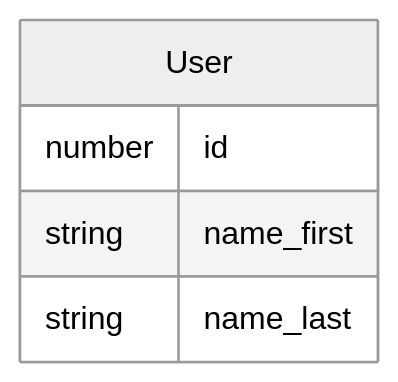
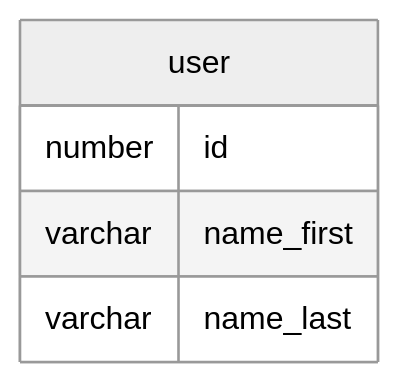
One commit to iacobucci/tesi-triennale changed the third of 8 diagrams in 2-2-typeorm.md. Above: the diagram before and after it, drawn with Mermaid. The commit also changed other lines of this file and 1 other file, not shown here.

````diff
--- a/2-2-typeorm.md
+++ b/2-2-typeorm.md
@@ -323,10 +323,10 @@
 ```mermaid {height=3cm}
 %%{init: {'theme': 'neutral', 'mirrorActors': false} }%%
 erDiagram
-	User {
+	user {
 		number id
-		string name_first
-		string name_last
+		varchar name_first
+		varchar name_last
 	}
 
 ```
````
